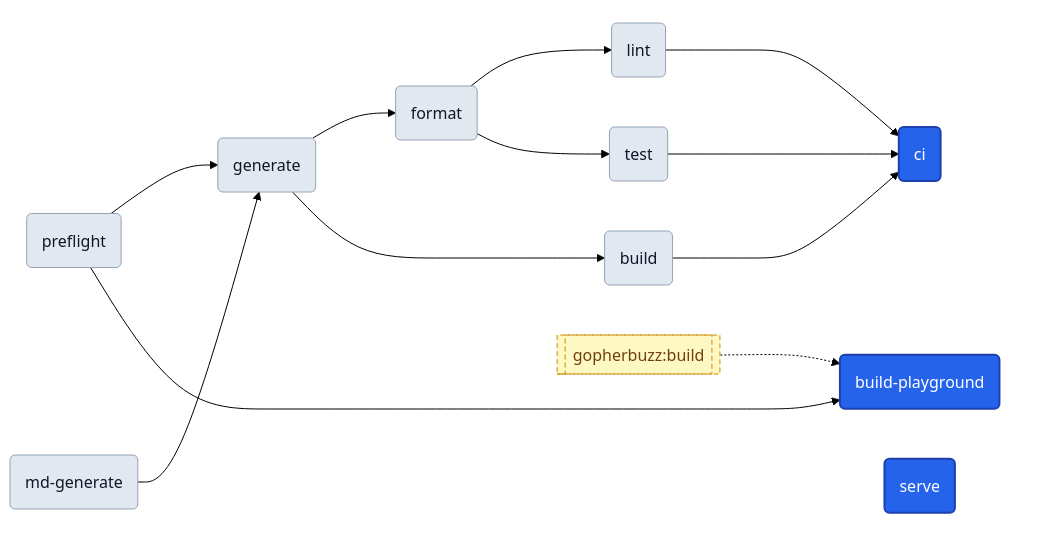
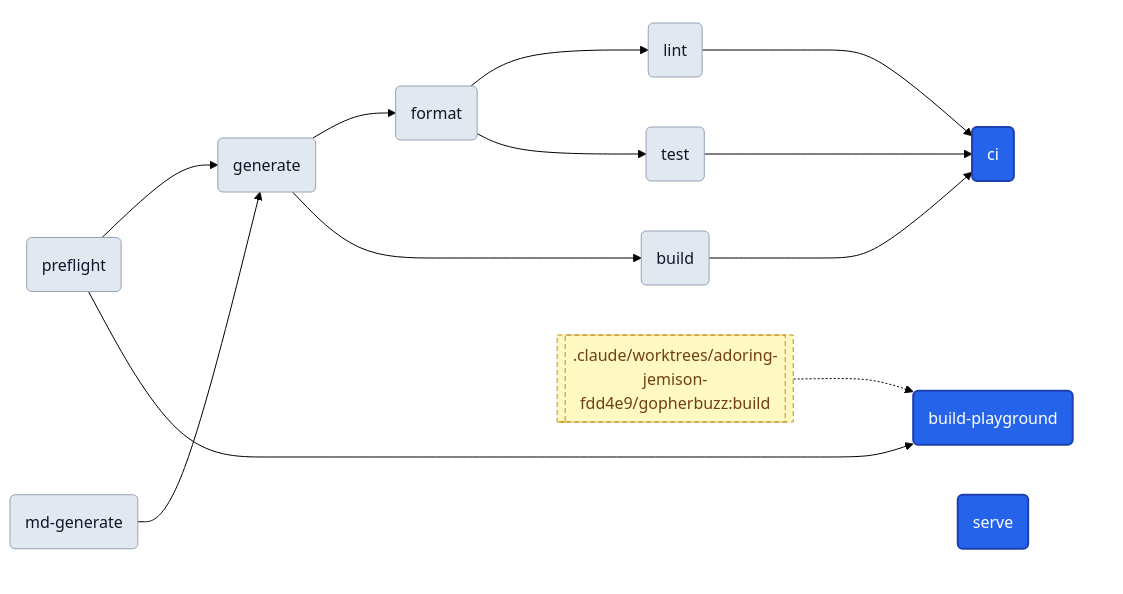
The ninth of 55 diagrams in MAGUS.md (egladman/magus), drawn with Mermaid (forest theme) before and after one commit. The commit also changed other lines of this file and 7 other files, not shown here.

````diff
--- a/MAGUS.md
+++ b/MAGUS.md
@@ -845,40 +1334,40 @@
 ```mermaid
 ---
 config:
   flowchart:
     nodeSpacing: 50
     rankSpacing: 80
 ---
 graph LR
   subgraph entry_cluster[" "]
     ci("ci")
     build_playground("build-playground")
     serve("serve")
   end
   preflight("preflight")
   md_generate("md-generate")
   generate("generate")
   format("format")
   lint("lint")
   build("build")
   test("test")
-  xt_gopherbuzz_build[["gopherbuzz:build"]]
+  xt__claude_worktrees_adoring_jemison_fdd4e9_gopherbuzz_build[[".claude/worktrees/adoring-jemison-fdd4e9/gopherbuzz:build"]]
   preflight --> generate
   md_generate --> generate
   generate --> format
   format --> lint
   generate --> build
   format --> test
   lint --> ci
   build --> ci
   test --> ci
   preflight --> build_playground
-  xt_gopherbuzz_build -.-> build_playground
+  xt__claude_worktrees_adoring_jemison_fdd4e9_gopherbuzz_build -.-> build_playground
   classDef anchor fill:#2563eb,color:#ffffff,stroke:#1e40af,stroke-width:2px
   classDef target fill:#e2e8f0,color:#0f172a,stroke:#94a3b8
   classDef external fill:#fef9c3,color:#713f12,stroke:#ca8a04,stroke-dasharray:5 3
   class build_playground,ci,serve anchor
   class build,format,generate,lint,md_generate,preflight,test target
-  class xt_gopherbuzz_build external
+  class xt__claude_worktrees_adoring_jemison_fdd4e9_gopherbuzz_build external
   style entry_cluster fill:transparent,stroke:transparent
 ```
````
